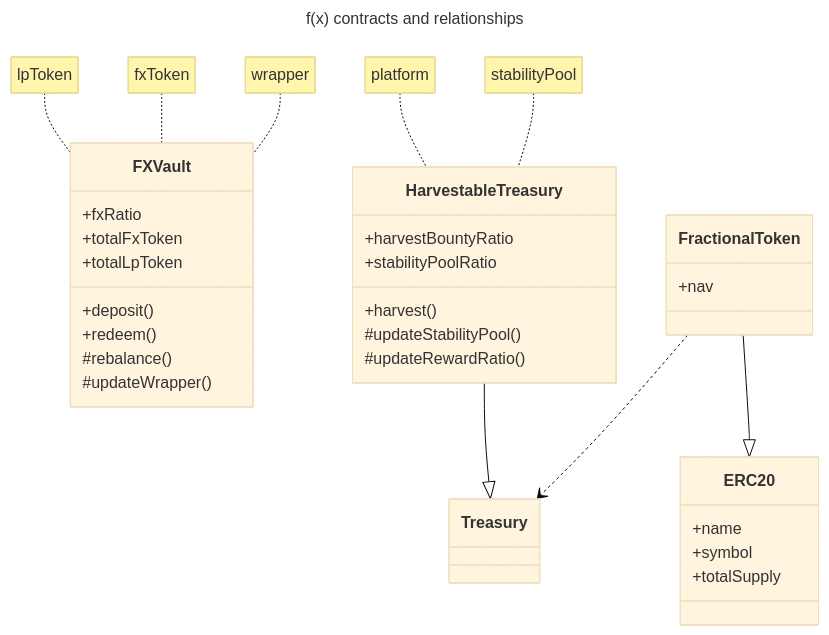
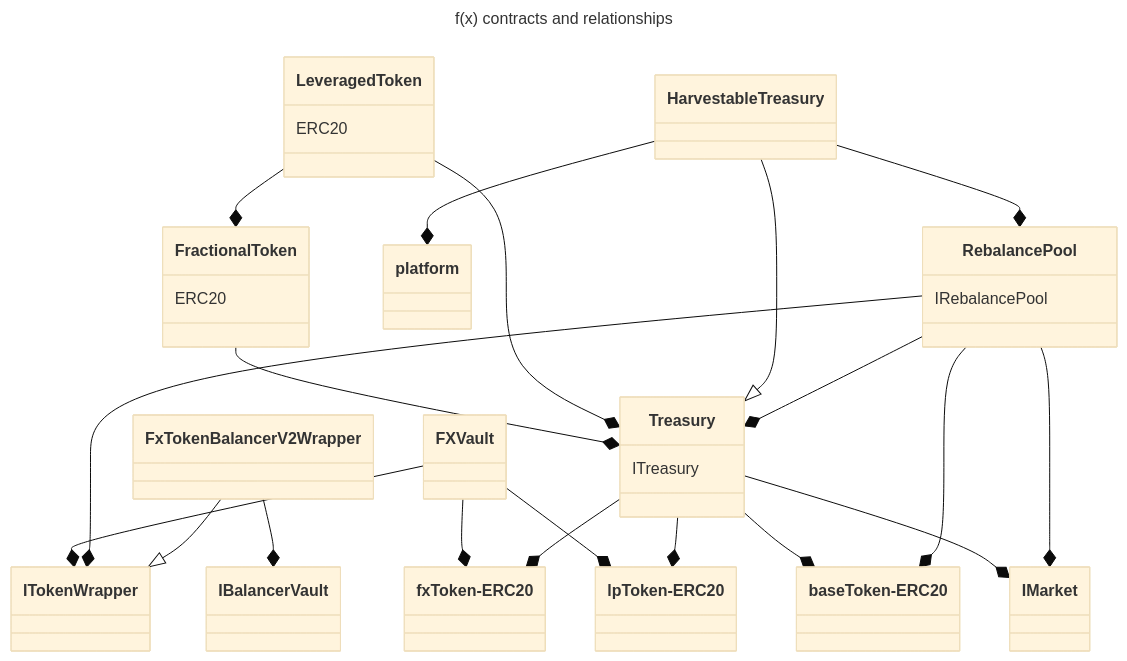
One commit to rootminus0x1/aladdin-v3-contracts changed the third of 4 diagrams in README.md. Above: the diagram before and after it, drawn with Mermaid (base theme). The commit also changed other lines of this file and 100 other files, not shown here.

````diff
--- a/README.md
+++ b/README.md
@@ -52,44 +150,49 @@
 ``` mermaid
 ---
 title: f(x) contracts and relationships
+config:
+    class:
+        defaultRenderer: elk // dagre-d3
 ---
 classDiagram
-  class ERC20{
-    +name
-    +symbol
-    +totalSupply
+
+  FractionalToken --* Treasury
+  class FractionalToken {
+    ERC20
   }
 
-  class FXVault{
-    +fxRatio
-    +totalFxToken
-    +totalLpToken
-    +deposit()
-    +redeem()
-    #rebalance()
-    #updateWrapper()
+  LeveragedToken --* Treasury
+  LeveragedToken --* FractionalToken
+  class LeveragedToken {
+    ERC20
   }
 
-  note for FXVault "lpToken"
-  note for FXVault "fxToken"
-  note for FXVault "wrapper"
+  FXVault --* lpToken-ERC20
+  FXVault --* fxToken-ERC20
+  FXVault --* ITokenWrapper
 
-  class Treasury
-  class HarvestableTreasury{
-    +harvestBountyRatio
-    +stabilityPoolRatio
-    +harvest()
-    #updateStabilityPool()
-    #updateRewardRatio()
+  class Treasury {
+    ITreasury
   }
+  Treasury --* IMarket
+  Treasury --* baseToken-ERC20
+  Treasury --* lpToken-ERC20
+  Treasury --* fxToken-ERC20
+
   HarvestableTreasury --|> Treasury
-  note for HarvestableTreasury "platform"
-  note for HarvestableTreasury "stabilityPool"
+  HarvestableTreasury --* platform
+  HarvestableTreasury --* RebalancePool
 
-  class FractionalToken{
-    +nav
+  class RebalancePool {
+    IRebalancePool
   }
-  FractionalToken ..> Treasury
-  FractionalToken --|> ERC20
+  RebalancePool --* Treasury
+  RebalancePool --* IMarket
+  RebalancePool --* baseToken-ERC20
+  RebalancePool --* ITokenWrapper
+
+  FxTokenBalancerV2Wrapper --|> ITokenWrapper
+  FxTokenBalancerV2Wrapper --* IBalancerVault
+
 
 ```
````
